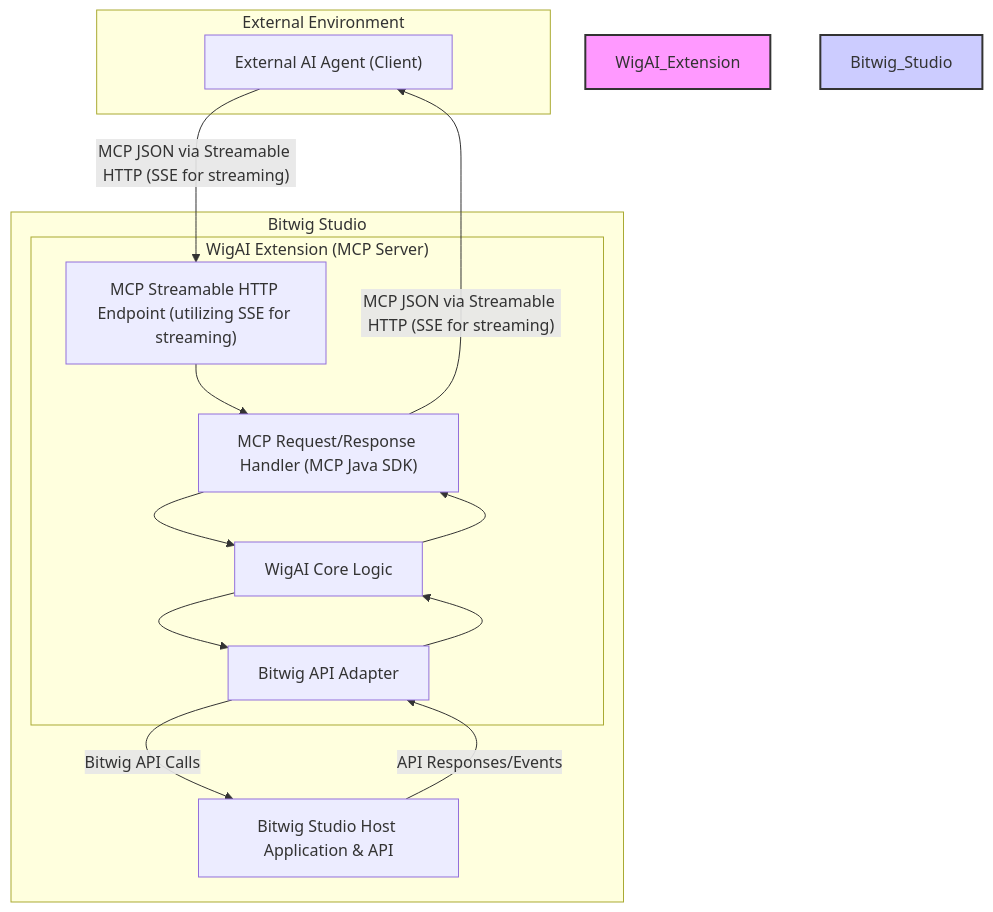
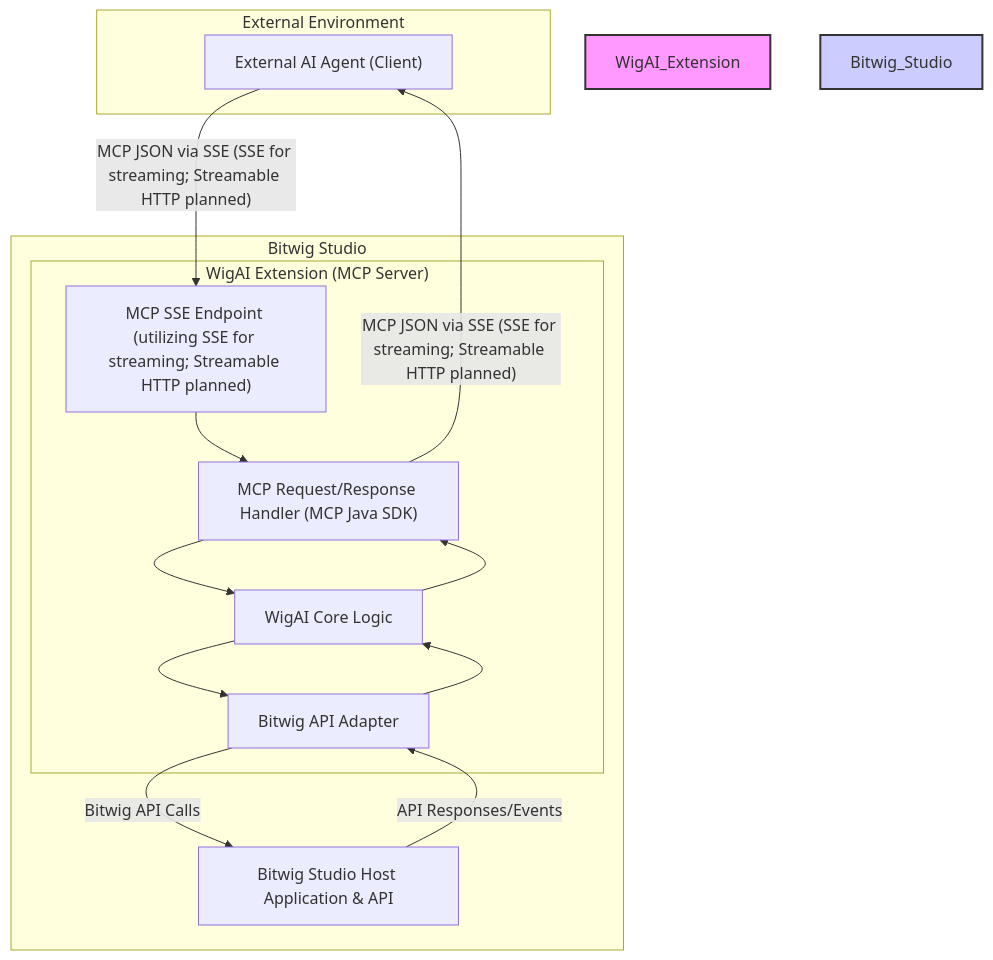
The first of 2 diagrams in docs/architecture.md (fabb/WigAI), drawn with Mermaid before and after one commit. The commit also changed other lines of this file and 6 other files, not shown here.

Commit message:
update docs with architect-agent to use SSE for now and Streamable HTTP later as soon as it is supported

`````diff
--- a/docs/architecture.md
+++ b/docs/architecture.md
@@ -19,29 +19,29 @@
 ```mermaid
 graph TD
     subgraph External Environment
         AI_Agent["External AI Agent (Client)"]
     end
 
     subgraph "Bitwig Studio"
         subgraph "WigAI Extension (MCP Server)"
-            MCP_Server_Endpoint["MCP Streamable HTTP Endpoint (utilizing SSE for streaming)"]
+            MCP_Server_Endpoint["MCP SSE Endpoint (utilizing SSE for streaming; Streamable HTTP planned)"]
             MCP_Handler["MCP Request/Response Handler (MCP Java SDK)"]
             WigAI_Core_Logic["WigAI Core Logic"]
             Bitwig_API_Adapter["Bitwig API Adapter"]
         end
         Bitwig_Host["Bitwig Studio Host Application & API"]
     end
 
-    AI_Agent -- "MCP JSON via Streamable HTTP (SSE for streaming)" --> MCP_Server_Endpoint
+    AI_Agent -- "MCP JSON via SSE (SSE for streaming; Streamable HTTP planned)" --> MCP_Server_Endpoint
     MCP_Server_Endpoint --> MCP_Handler
     MCP_Handler --> WigAI_Core_Logic
     WigAI_Core_Logic --> Bitwig_API_Adapter
     Bitwig_API_Adapter -- "Bitwig API Calls" --> Bitwig_Host
     Bitwig_Host -- "API Responses/Events" --> Bitwig_API_Adapter
     Bitwig_API_Adapter --> WigAI_Core_Logic
     WigAI_Core_Logic --> MCP_Handler
-    MCP_Handler -- "MCP JSON via Streamable HTTP (SSE for streaming)" --> AI_Agent
+    MCP_Handler -- "MCP JSON via SSE (SSE for streaming; Streamable HTTP planned)" --> AI_Agent
 
     style WigAI_Extension fill:#f9f,stroke:#333,stroke-width:2px
     style Bitwig_Studio fill:#ccf,stroke:#333,stroke-width:2px
 ````
`````
